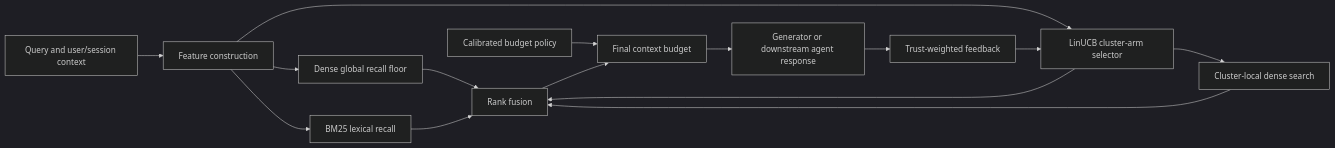
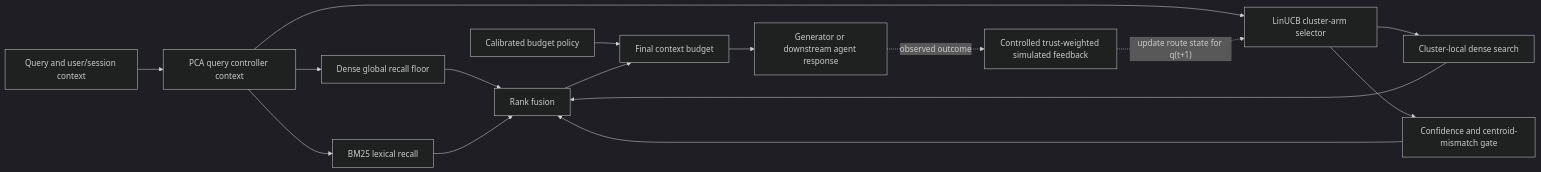
The diagram in paper/full_draft/figures/figure1_system_diagram.mmd (wolfhawkld/IntentWeight), drawn with Mermaid (dark theme) before and after one commit. The commit also changed 94 other files, not shown here.

```diff
--- a/paper/full_draft/figures/figure1_system_diagram.mmd
+++ b/paper/full_draft/figures/figure1_system_diagram.mmd
@@ -1,15 +1,16 @@
 flowchart LR
-    Q[Query and user/session context] --> F[Feature construction]
+    Q[Query and user/session context] --> F[PCA query controller context]
     F --> D[Dense global recall floor]
     F --> B[BM25 lexical recall]
     F --> P[LinUCB cluster-arm selector]
     P --> C[Cluster-local dense search]
+    P --> GATE[Confidence and centroid-mismatch gate]
     D --> R[Rank fusion]
     B --> R
     C --> R
-    P --> R
+    GATE --> R
     K[Calibrated budget policy] --> G[Final context budget]
     R --> G
     G --> A[Generator or downstream agent response]
-    A --> T[Trust-weighted feedback]
-    T --> P
+    A -. observed outcome .-> T[Controlled trust-weighted simulated feedback]
+    T -. update route state for q(t+1) .-> P
```
